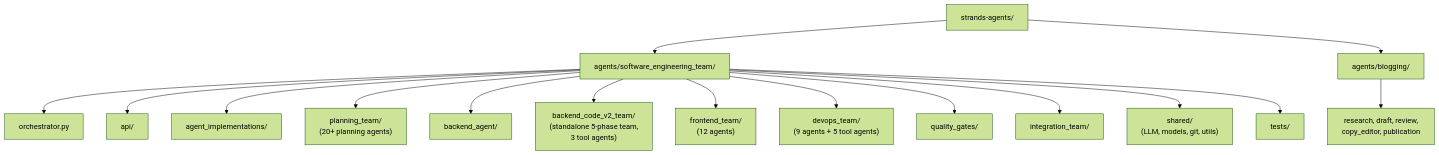
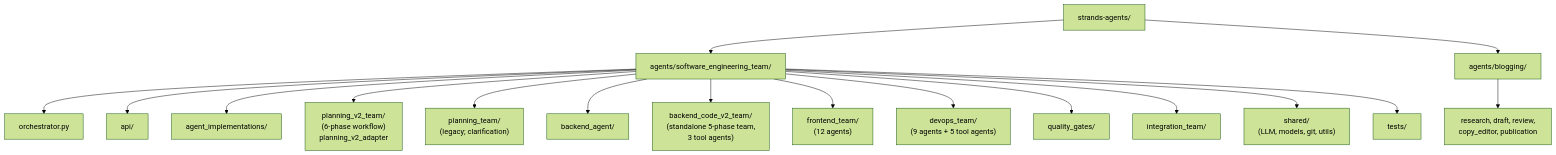
One commit to brandonkindred/Khala-Agentic-AI-Teams changed diagram 12 of 12 in ARCHITECTURE.md. Above: the diagram before and after it, drawn with Mermaid (forest theme). The commit also changed other lines of this file and 16 other files, not shown here.

First line of the commit message:
feat: implement Planning V2 workflow and enhance orchestrator functionality

````diff
--- a/ARCHITECTURE.md
+++ b/ARCHITECTURE.md
@@ -520,22 +501,23 @@
 ```mermaid
 flowchart TB
     Root["strands-agents/"]
 
     Root --> SWTeam["agents/software_engineering_team/"]
     Root --> BlogTeam["agents/blogging/"]
 
     SWTeam --> swOrch["orchestrator.py"]
     SWTeam --> swAPI["api/"]
     SWTeam --> swCLI["agent_implementations/"]
-    SWTeam --> swPlanning["planning_team/\n(20+ planning agents)"]
+    SWTeam --> swPlanningV2["planning_v2_team/\n(6-phase workflow)\nplanning_v2_adapter"]
+    SWTeam --> swPlanning["planning_team/\n(legacy; clarification)"]
     SWTeam --> swBackend["backend_agent/"]
     SWTeam --> swBackendV2["backend_code_v2_team/\n(standalone 5-phase team,\n3 tool agents)"]
     SWTeam --> swFrontend["frontend_team/\n(12 agents)"]
     SWTeam --> swDevops["devops_team/\n(9 agents + 5 tool agents)"]
     SWTeam --> swQuality["quality_gates/"]
     SWTeam --> swIntegration["integration_team/"]
     SWTeam --> swShared["shared/\n(LLM, models, git, utils)"]
     SWTeam --> swTests["tests/"]
 
     BlogTeam --> blogAgents["research, draft, review,\ncopy_editor, publication"]
 ```
````
